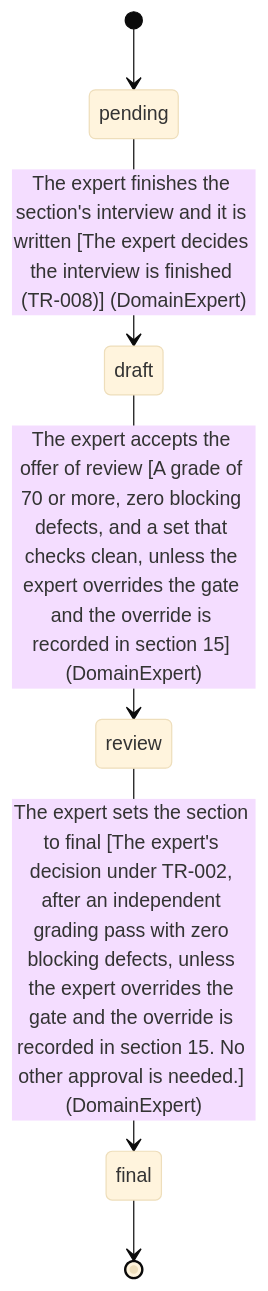
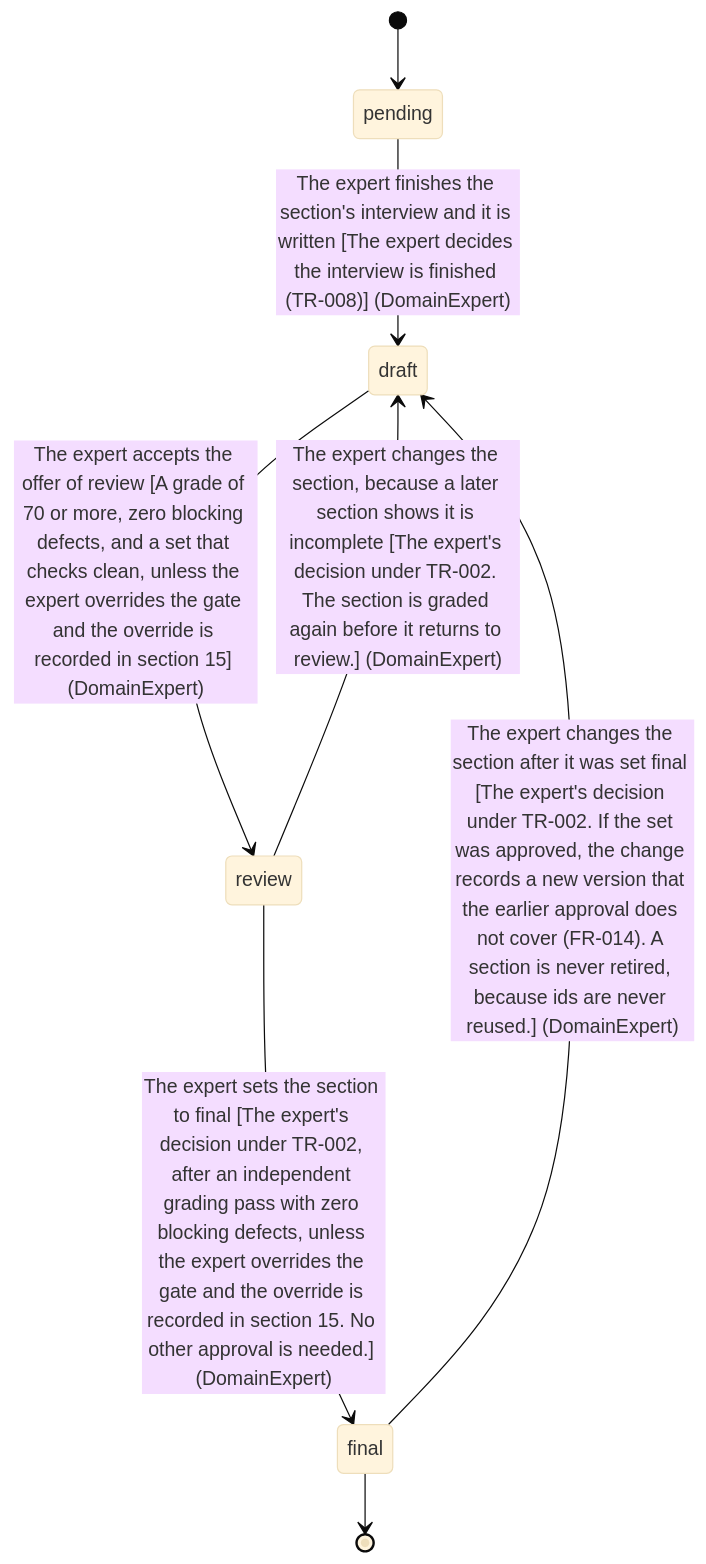
The diagram in docs/prd/prd-forge/diagrams/LC-001.mmd (SpillwaveSolutions/prd-forge), drawn with Mermaid (base theme) before and after one commit. The commit also changed 6 other files, not shown here.

```diff
--- a/docs/prd/prd-forge/diagrams/LC-001.mmd
+++ b/docs/prd/prd-forge/diagrams/LC-001.mmd
@@ -1,11 +1,13 @@
 %% Generated by prd-diagrams.mjs from the scenarios front matter. Do not edit.
 stateDiagram-v2
   state "pending" as s0
   state "draft" as s1
   state "review" as s2
   state "final" as s3
   [*] --> s0
   s0 --> s1 : The expert finishes the section's interview and it is written [The expert decides the interview is finished (TR-008)] (DomainExpert)
   s1 --> s2 : The expert accepts the offer of review [A grade of 70 or more, zero blocking defects, and a set that checks clean, unless the expert overrides the gate and the override is recorded in section 15] (DomainExpert)
   s2 --> s3 : The expert sets the section to final [The expert's decision under TR-002, after an independent grading pass with zero blocking defects, unless the expert overrides the gate and the override is recorded in section 15. No other approval is needed.] (DomainExpert)
+  s2 --> s1 : The expert changes the section, because a later section shows it is incomplete [The expert's decision under TR-002. The section is graded again before it returns to review.] (DomainExpert)
+  s3 --> s1 : The expert changes the section after it was set final [The expert's decision under TR-002. If the set was approved, the change records a new version that the earlier approval does not cover (FR-014). A section is never retired, because ids are never reused.] (DomainExpert)
   s3 --> [*]
```
